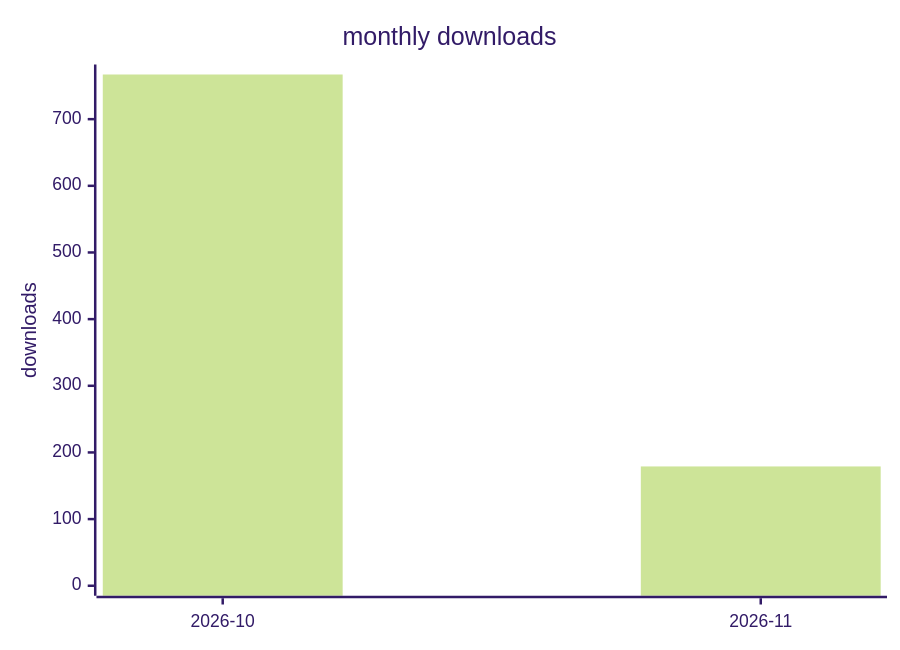
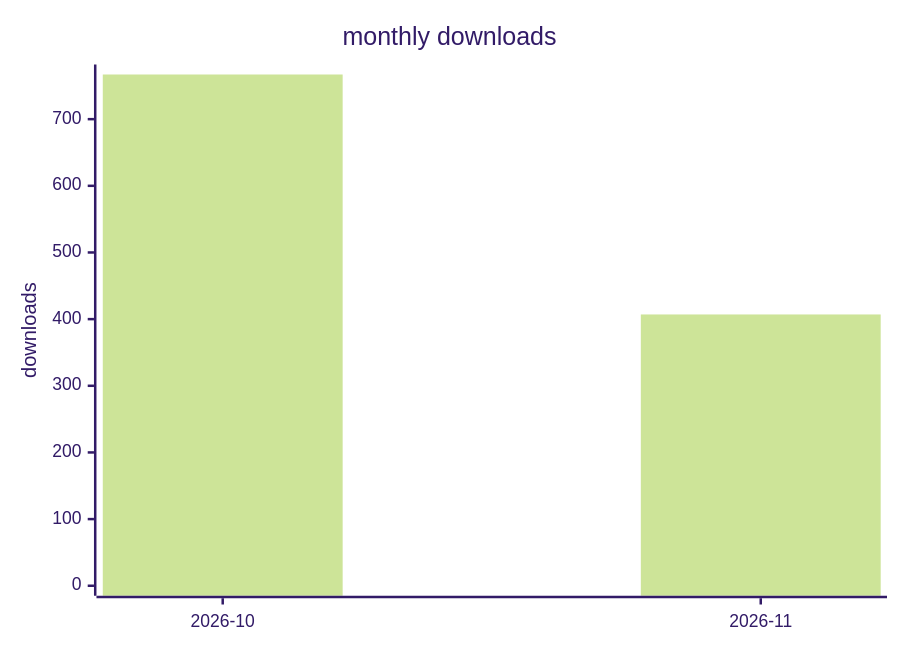
One commit to terry2010/opencode-loop-recover changed the second of 2 diagrams in docs/downloads-2026.md. Above: the diagram before and after it, drawn with Mermaid (forest theme). The commit also changed other lines of this file and 1 other file, not shown here.

````diff
--- a/docs/downloads-2026.md
+++ b/docs/downloads-2026.md
@@ -29,7 +29,7 @@
 ```mermaid
 xychart-beta
     title "monthly downloads"
     x-axis ["2026-10", "2026-11"]
     y-axis "downloads" 0 --> 767
-    bar [767, 179]
+    bar [767, 407]
 ```
````
